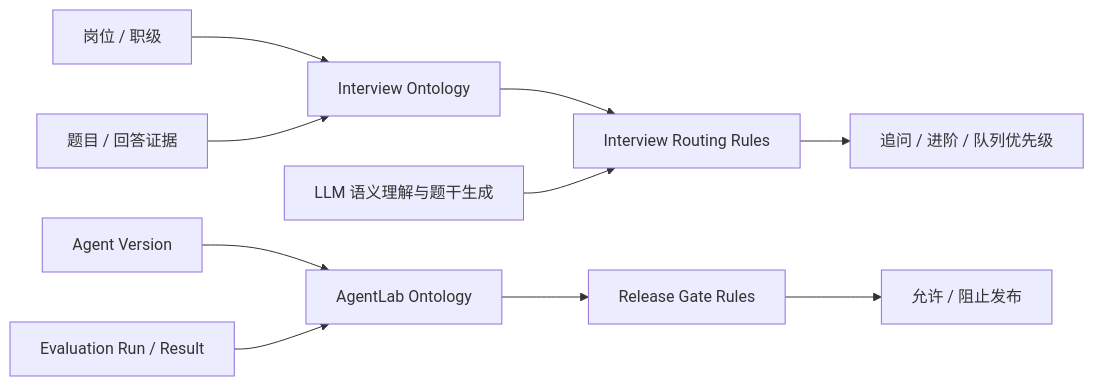
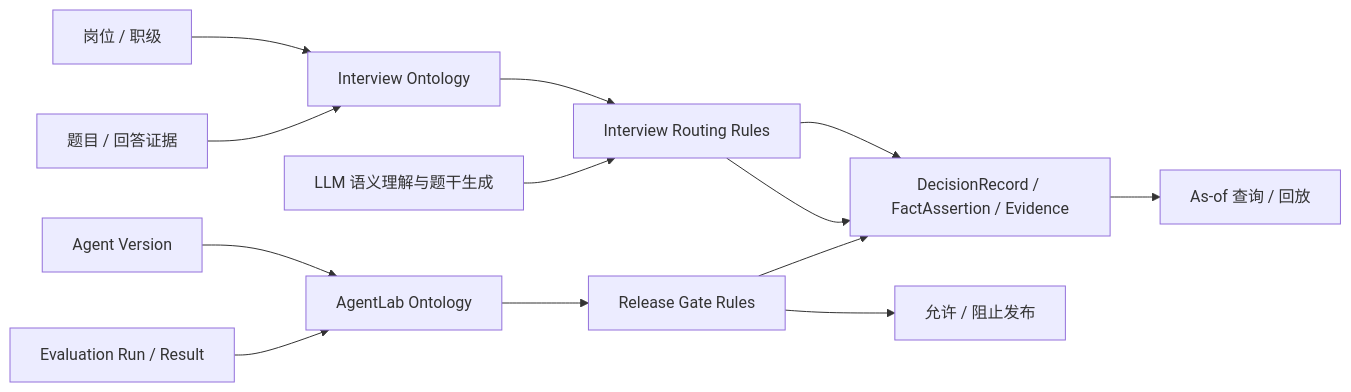
The fifth of 5 diagrams in docs/PRODUCT_CONSTITUTION.md (zhangjizhe/interview-agent), drawn with Mermaid before and after one commit. The commit also changed other lines of this file and 12 other files, not shown here.

````diff
--- a/docs/PRODUCT_CONSTITUTION.md
+++ b/docs/PRODUCT_CONSTITUTION.md
@@ -137,13 +137,16 @@
 ```mermaid
 flowchart LR
   Position[岗位 / 职级] --> Ontology[Interview Ontology]
   Question[题目 / 回答证据] --> Ontology
   Ontology --> Routing[Interview Routing Rules]
   LLM[LLM 语义理解与题干生成] --> Routing
   Routing --> Decision[追问 / 进阶 / 队列优先级]
 
   Version[Agent Version] --> LabOntology[AgentLab Ontology]
   Evaluation[Evaluation Run / Result] --> LabOntology
   LabOntology --> Gate[Release Gate Rules]
   Gate --> Publish[允许 / 阻止发布]
+  Decision[DecisionRecord / FactAssertion / Evidence] --> Replay[As-of 查询 / 回放]
+  Routing --> Decision
+  Gate --> Decision
 ```
````
